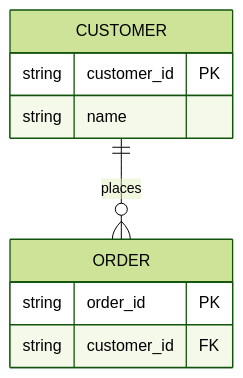
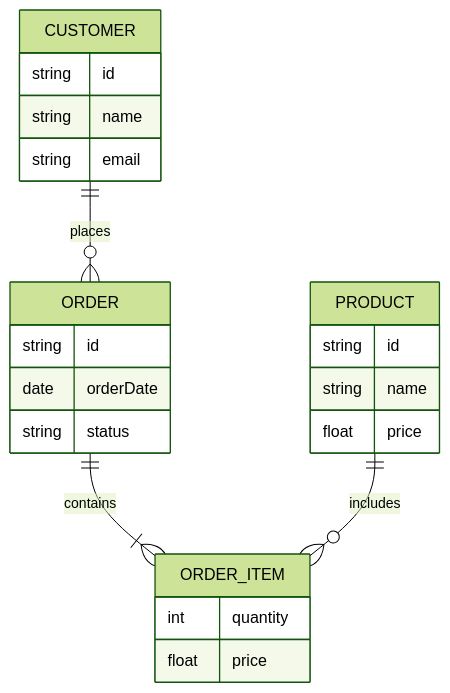
One commit to LozinLilis/auto-mermaid changed the diagram in references/entity-relationship.md. Above: the diagram before and after it, drawn with Mermaid (forest theme). The commit also changed other lines of this file and 42 other files, not shown here.

````diff
--- a/references/entity-relationship.md
+++ b/references/entity-relationship.md
@@ -8,12 +7,25 @@
 ```mermaid
 erDiagram
     CUSTOMER ||--o{ ORDER : places
+    ORDER ||--|{ ORDER_ITEM : contains
+    PRODUCT ||--o{ ORDER_ITEM : includes
     CUSTOMER {
-        string customer_id PK
+        string id
         string name
+        string email
     }
     ORDER {
-        string order_id PK
-        string customer_id FK
+        string id
+        date orderDate
+        string status
+    }
+    PRODUCT {
+        string id
+        string name
+        float price
+    }
+    ORDER_ITEM {
+        int quantity
+        float price
     }
 ```
````
